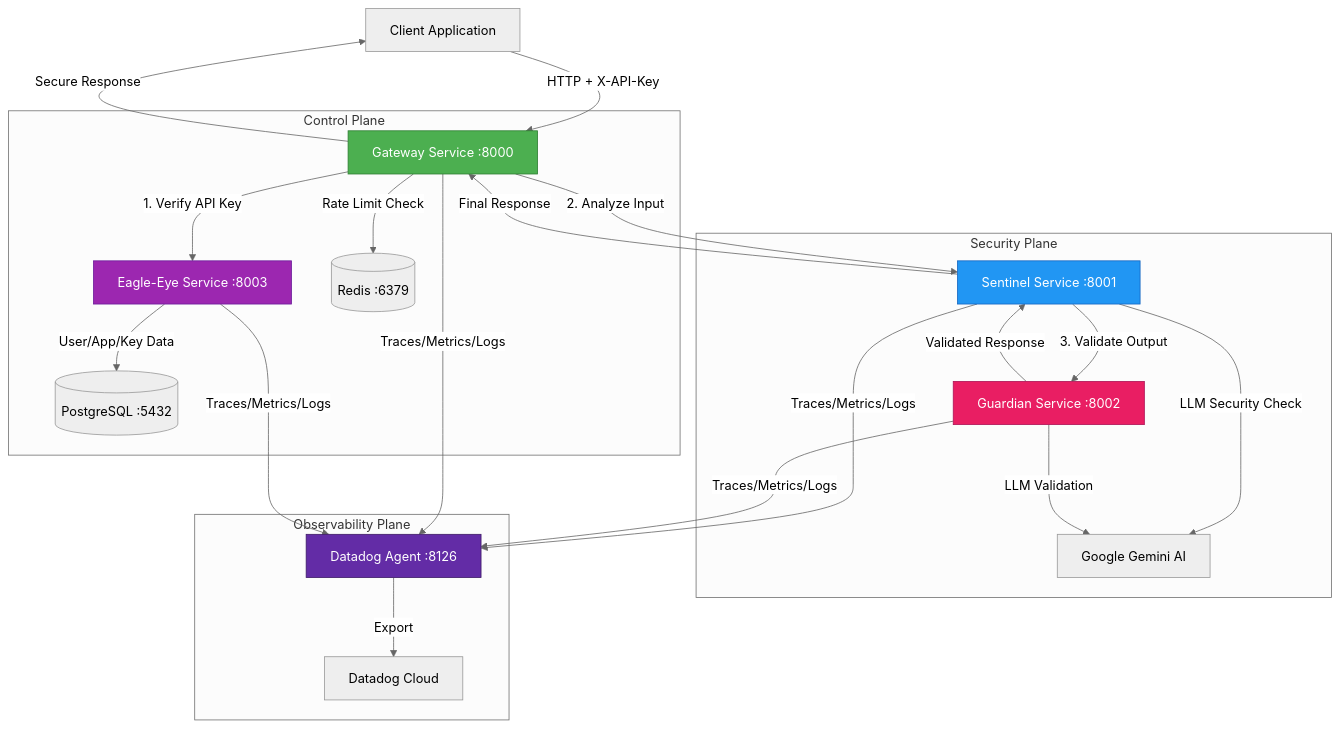
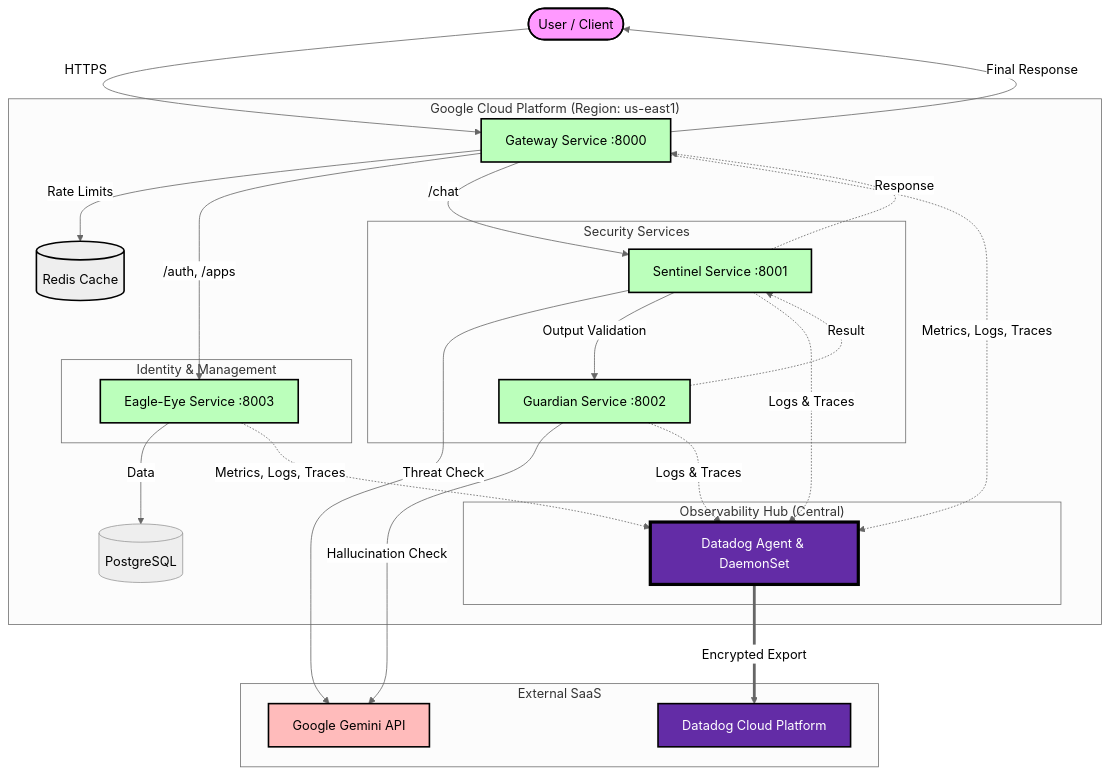
One commit to vaisu-bhut/ClestiqShield-AgentCore changed the first of 4 diagrams in README.md. Above: the diagram before and after it, drawn with Mermaid (neutral theme). The commit also changed other lines of this file and 1 other file, not shown here.

````diff
--- a/README.md
+++ b/README.md
@@ -418,35 +49,66 @@
 ```mermaid
-graph TB
-    Client[Client Application] -->|HTTP + X-API-Key| Gateway[Gateway Service :8000]
+graph TD
+    User([User / Client])
     
-    subgraph "Control Plane"
-        Gateway -->|1. Verify API Key| EagleEye[Eagle-Eye Service :8003]
-        EagleEye -->|User/App/Key Data| DB[(PostgreSQL :5432)]
-        Gateway -->|Rate Limit Check| Redis[(Redis :6379)]
+    subgraph "Google Cloud Platform (Region: us-east1)"
+        Gateway[Gateway Service :8000]
+        
+        subgraph "Observability Hub (Central)"
+            DD[Datadog Agent & DaemonSet]
+        end
+
+        subgraph "Security Services"
+            Sentinel[Sentinel Service :8001]
+            Guardian[Guardian Service :8002]
+        end
+        
+        subgraph "Identity & Management"
+            EagleEye[Eagle-Eye Service :8003]
+        end
+        
+        Redis[(Redis Cache)]
+        DB[(PostgreSQL)]
     end
     
-    subgraph "Security Plane"
-        Gateway -->|2. Analyze Input| Sentinel[Sentinel Service :8001]
-        Sentinel -->|LLM Security Check| GeminiAPI[Google Gemini AI]
-        Sentinel -->|3. Validate Output| Guardian[Guardian Service :8002]
-        Guardian -->|LLM Validation| GeminiAPI
+    subgraph "External SaaS"
+        Gemini[Google Gemini API]
+        DDCloud[Datadog Cloud Platform]
     end
     
-    subgraph "Observability Plane"
-        Gateway -->|Traces/Metrics/Logs| Datadog[Datadog Agent :8126]
-        Sentinel -->|Traces/Metrics/Logs| Datadog
-        Guardian -->|Traces/Metrics/Logs| Datadog
-        EagleEye -->|Traces/Metrics/Logs| Datadog
-        Datadog -->|Export| DatadogCloud[Datadog Cloud]
-    end
+    %% Traffic Flow
+    User -- HTTPS --> Gateway
+    Gateway -- Rate Limits --> Redis
     
-    Guardian -->|Validated Response| Sentinel
-    Sentinel -->|Final Response| Gateway
-    Gateway -->|Secure Response| Client
+    %% Semantic Routing
+    Gateway -- "/auth, /apps" --> EagleEye
+    EagleEye -- Data --> DB
+    
+    Gateway -- "/chat" --> Sentinel
+    Sentinel -- Threat Check --> Gemini
+    Sentinel -- Output Validation --> Guardian
+    Guardian -- Hallucination Check --> Gemini
+    
+    %% Return Path
+    Guardian -. Result .-> Sentinel
+    Sentinel -. Response .-> Gateway
+    Gateway -- Final Response --> User
 
-    style Gateway fill:#4CAF50,stroke:#2E7D32,color:#fff
-    style EagleEye fill:#9C27B0,stroke:#6A1B9A,color:#fff
-    style Sentinel fill:#2196F3,stroke:#1565C0,color:#fff
-    style Guardian fill:#E91E63,stroke:#AD1457,color:#fff
-    style Datadog fill:#632CA6,stroke:#3E1B66,color:#fff
+    %% Observability Connections (The Central Hub)
+    Gateway -. Metrics, Logs, Traces .-> DD
+    EagleEye -. Metrics, Logs, Traces .-> DD
+    Sentinel -. Logs & Traces .-> DD
+    Guardian -. Logs & Traces .-> DD
+    
+    DD == Encrypted Export ==> DDCloud
+    
+    %% Styles
+    style User fill:#f9f,stroke:#000,stroke-width:2px,color:#000
+    style Gateway fill:#bfb,stroke:#000,stroke-width:2px,color:#000
+    style EagleEye fill:#bfb,stroke:#000,stroke-width:2px,color:#000
+    style Sentinel fill:#bfb,stroke:#000,stroke-width:2px,color:#000
+    style Guardian fill:#bfb,stroke:#000,stroke-width:2px,color:#000
+    style DD fill:#632CA6,stroke:#000,stroke-width:4px,color:#fff
+    style Redis fill:#eee,stroke:#000,stroke-width:2px,color:#000
+    style Gemini fill:#fbb,stroke:#000,stroke-width:2px,color:#000
+    style DDCloud fill:#632CA6,stroke:#000,stroke-width:2px,color:#fff
 ```
````
